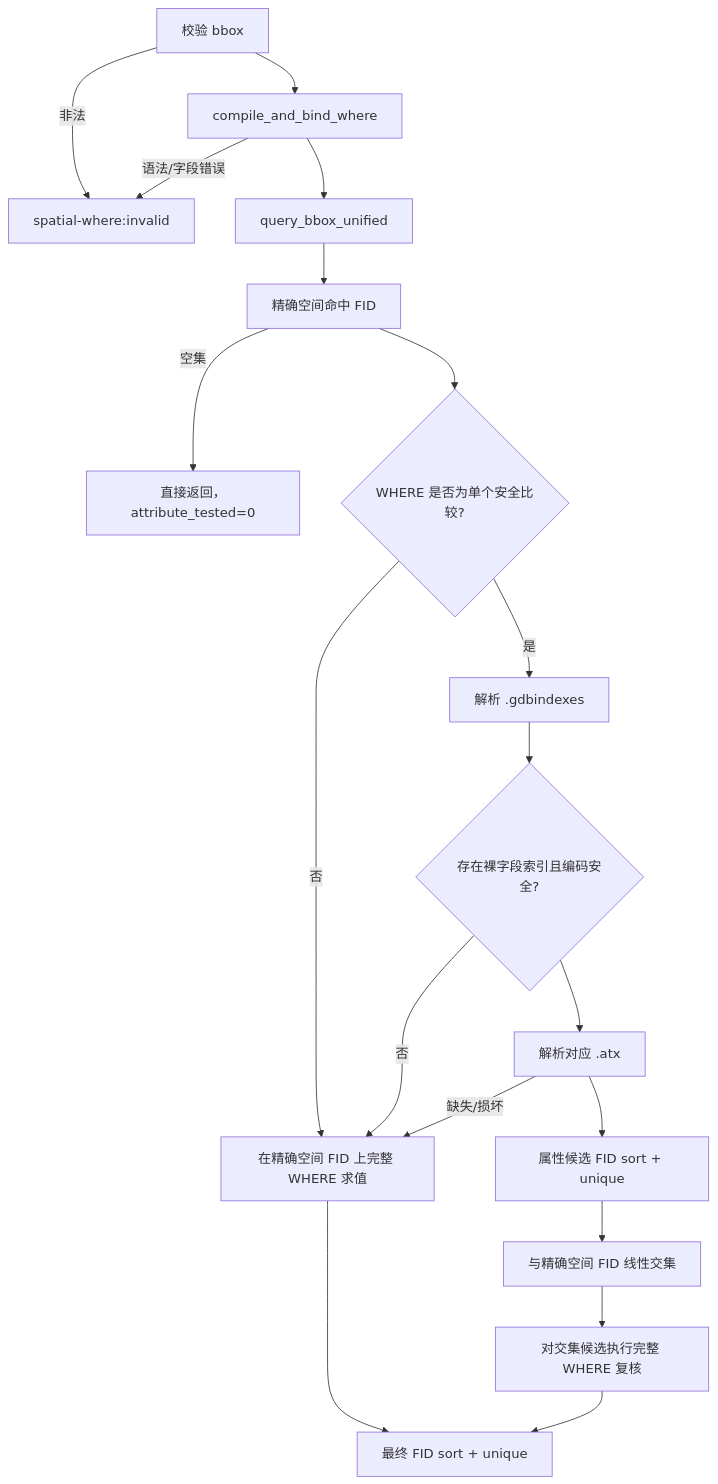
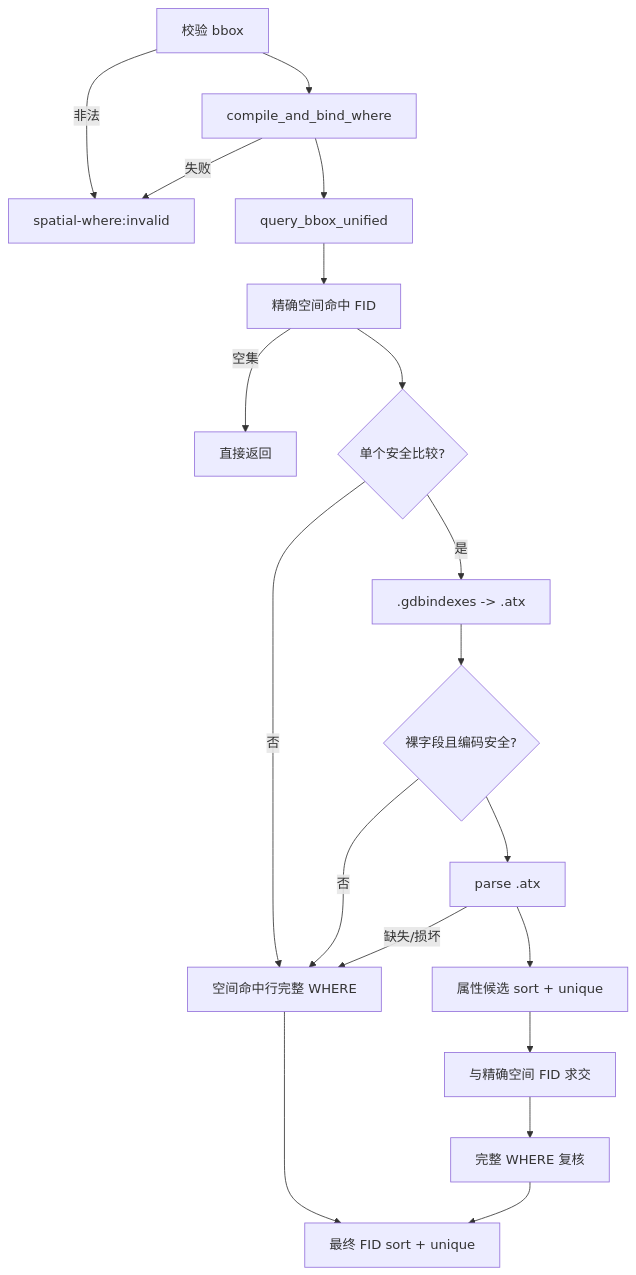
One commit to EdgarLQS/fast-gdb changed the second of 5 diagrams in src/edgar/explorgdb/reader/QUERY_FLOW.md. Above: the diagram before and after it, drawn with Mermaid. The commit also changed other lines of this file, not shown here.

Commit message:
docs: document full-feature cursor and move_to flow

````diff
--- a/src/edgar/explorgdb/reader/QUERY_FLOW.md
+++ b/src/edgar/explorgdb/reader/QUERY_FLOW.md
@@ -22,21 +28,21 @@
 ```mermaid
 flowchart TD
     A["校验 bbox"] -->|非法| INVALID["spatial-where:invalid"]
     A --> B["compile_and_bind_where"]
-    B -->|语法/字段错误| INVALID
+    B -->|失败| INVALID
     B --> C["query_bbox_unified"]
     C --> D["精确空间命中 FID"]
-    D -->|空集| EMPTY["直接返回，attribute_tested=0"]
-    D --> E{"WHERE 是否为单个安全比较?"}
-    E -->|否| FALLBACK["在精确空间 FID 上完整 WHERE 求值"]
-    E -->|是| META["解析 .gdbindexes"]
-    META --> SAFE{"存在裸字段索引且编码安全?"}
+    D -->|空集| EMPTY["直接返回"]
+    D --> E{"单个安全比较?"}
+    E -->|否| FALLBACK["空间命中行完整 WHERE"]
+    E -->|是| META[".gdbindexes -> .atx"]
+    META --> SAFE{"裸字段且编码安全?"}
     SAFE -->|否| FALLBACK
-    SAFE --> ATX["解析对应 .atx"]
+    SAFE --> ATX["parse .atx"]
     ATX -->|缺失/损坏| FALLBACK
-    ATX --> CAND["属性候选 FID sort + unique"]
-    CAND --> INTERSECT["与精确空间 FID 线性交集"]
-    INTERSECT --> RECHECK["对交集候选执行完整 WHERE 复核"]
+    ATX --> CAND["属性候选 sort + unique"]
+    CAND --> INTERSECT["与精确空间 FID 求交"]
+    INTERSECT --> RECHECK["完整 WHERE 复核"]
     FALLBACK --> RESULT["最终 FID sort + unique"]
     RECHECK --> RESULT
 ```
````
